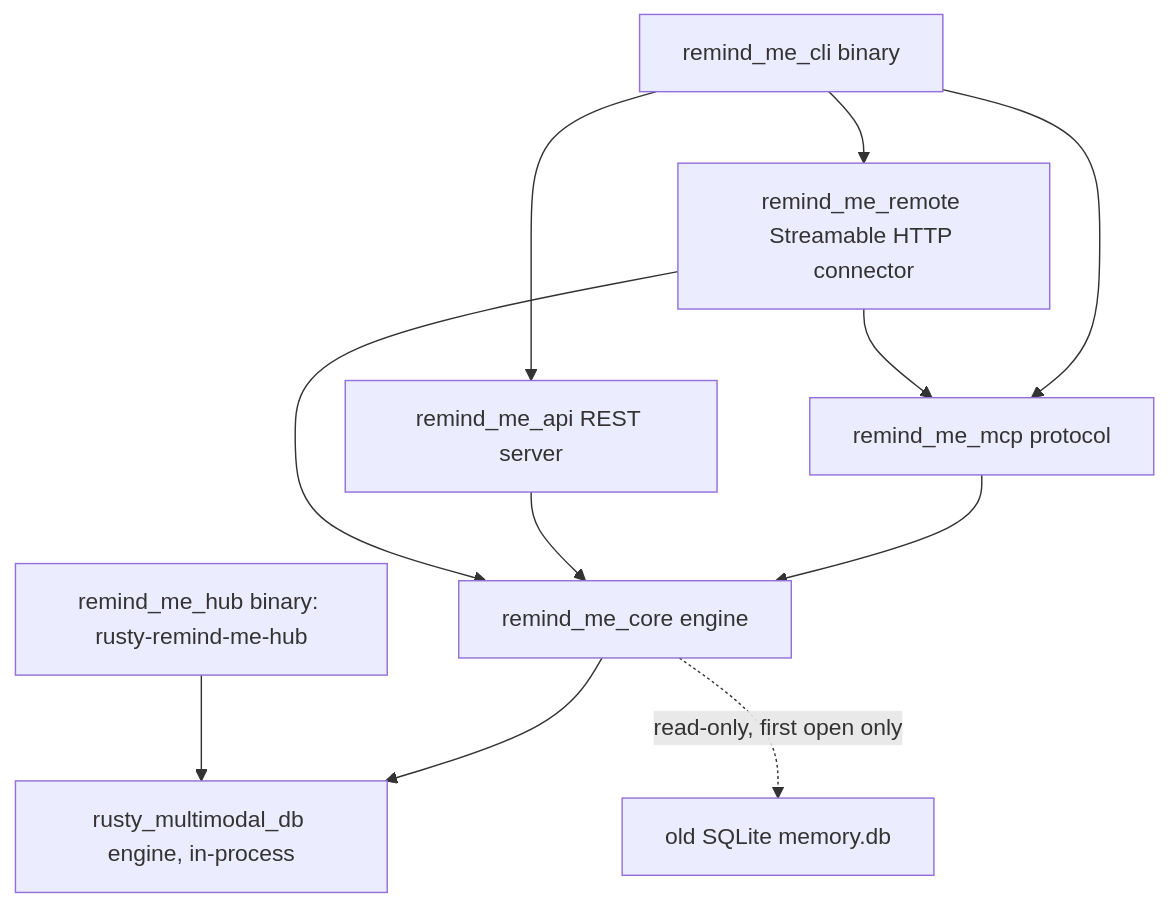
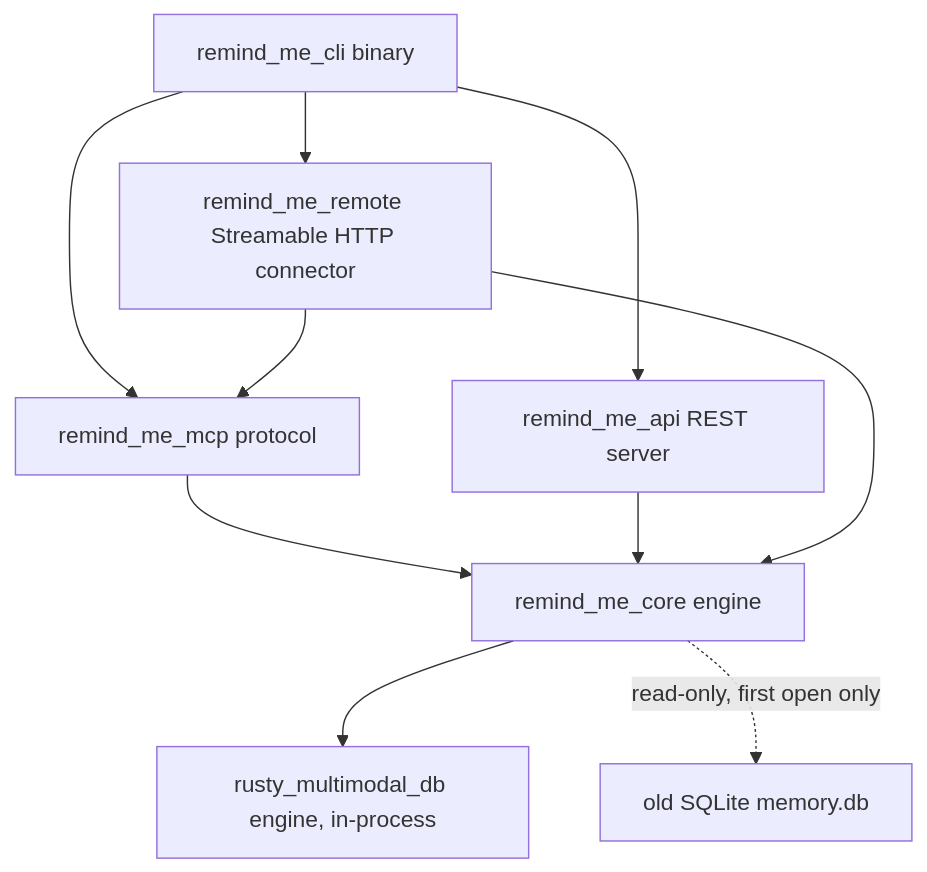
The diagram in ARCHITECTURE.md (Rusty-Mill/rusty-remind-me), drawn with Mermaid before and after one commit. The commit also changed other lines of this file and 116 other files, not shown here.

````diff
--- a/ARCHITECTURE.md
+++ b/ARCHITECTURE.md
@@ -29,14 +29,12 @@
 ```mermaid
 graph TD
     CLI[remind_me_cli binary] --> MCP[remind_me_mcp protocol]
     CLI --> API[remind_me_api REST server]
     CLI --> REMOTE[remind_me_remote Streamable HTTP connector]
     MCP --> CORE[remind_me_core engine]
     API --> CORE
     REMOTE --> MCP
     REMOTE --> CORE
-    HUB[remind_me_hub binary: rusty-remind-me-hub]
     CORE --> ENGINE[rusty_multimodal_db engine, in-process]
     CORE -.read-only, first open only.-> LEGACY[old SQLite memory.db]
-    HUB --> ENGINE
 ```
````
